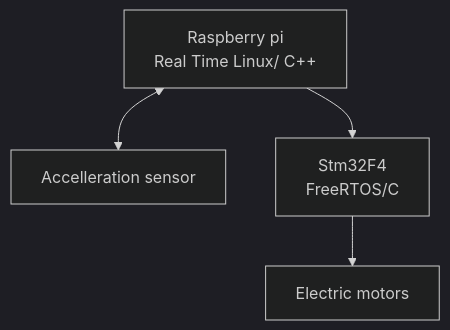
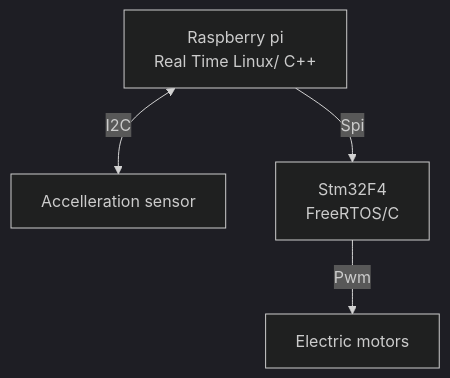
Before and after one commit to inpgbburda/FlyMatic: the diagram in docs/index.md, drawn with Mermaid (dark theme). The commit also changed other lines of this file and 4 other files, not shown here.

````diff
--- a/docs/index.md
+++ b/docs/index.md
@@ -13,9 +15,9 @@
 ``` mermaid
     graph TD
     
     A[Raspberry pi
-    Real Time Linux/ C++] <--> B[Accelleration sensor]
-    A --> C[Stm32F4 
+    Real Time Linux/ C++] <--> |I2C| B[Accelleration sensor]
+    A --> |Spi| C[Stm32F4 
     FreeRTOS/C]
-    C --> D[Electric motors]
+    C --> |Pwm| D[Electric motors]
 ```
````
